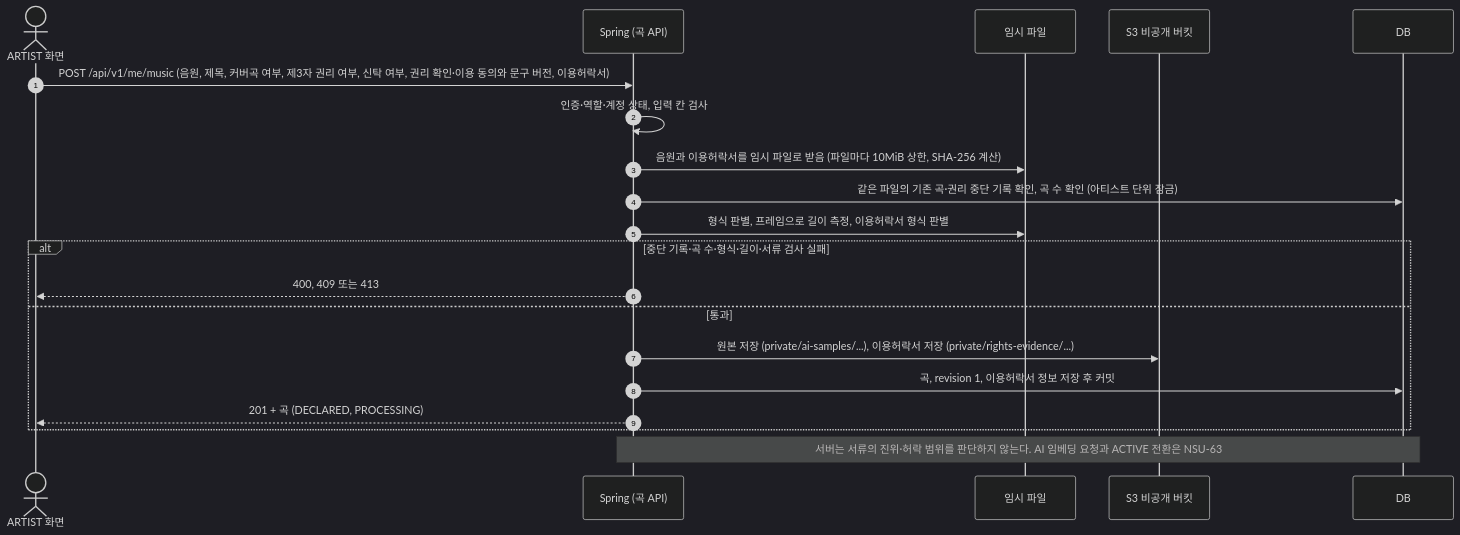
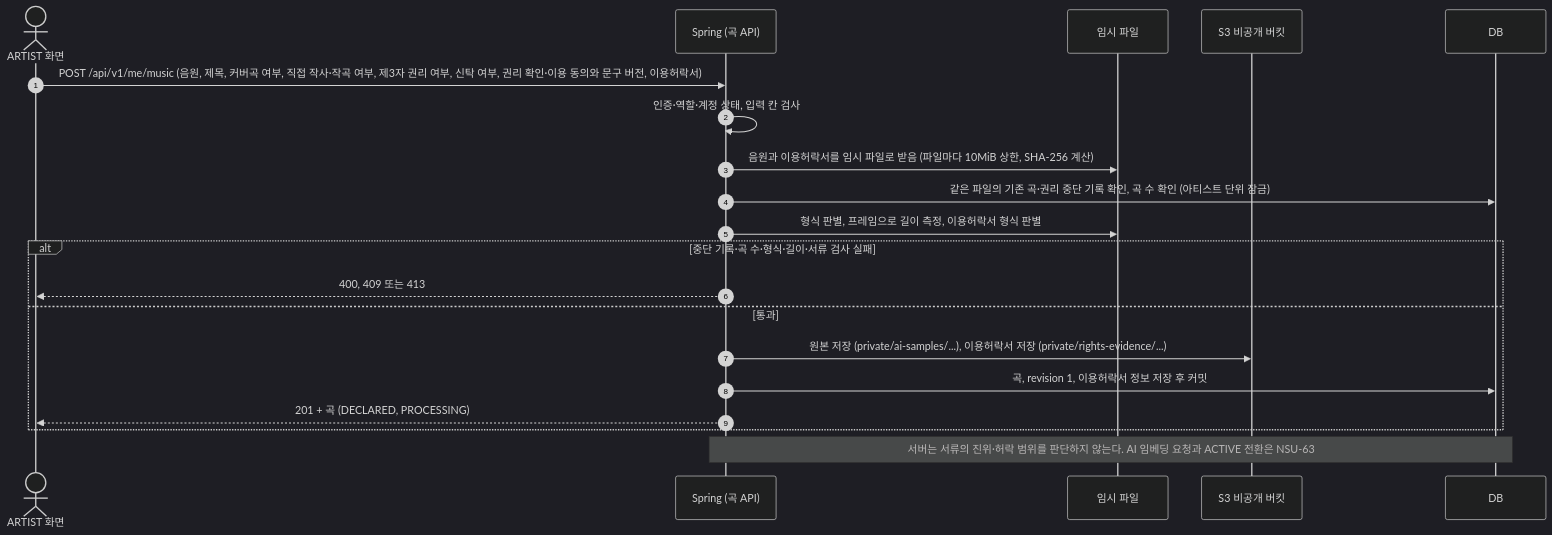
The first of 2 diagrams in docs/api/04_music.md (nsuCapstoneTeam/NSU_CAPSTONE), drawn with Mermaid (dark theme) before and after one commit. The commit also changed other lines of this file and 4 other files, not shown here.

````diff
--- a/docs/api/04_music.md
+++ b/docs/api/04_music.md
@@ -83,23 +85,23 @@
 ```mermaid
 sequenceDiagram
     autonumber
     actor A as ARTIST 화면
     participant S as Spring (곡 API)
     participant T as 임시 파일
     participant B as S3 비공개 버킷
     participant D as DB
 
-    A->>S: POST /api/v1/me/music (음원, 제목, 커버곡 여부, 제3자 권리 여부, 신탁 여부, 권리 확인·이용 동의와 문구 버전, 이용허락서)
+    A->>S: POST /api/v1/me/music (음원, 제목, 커버곡 여부, 직접 작사·작곡 여부, 제3자 권리 여부, 신탁 여부, 권리 확인·이용 동의와 문구 버전, 이용허락서)
     S->>S: 인증·역할·계정 상태, 입력 칸 검사
     S->>T: 음원과 이용허락서를 임시 파일로 받음 (파일마다 10MiB 상한, SHA-256 계산)
     S->>D: 같은 파일의 기존 곡·권리 중단 기록 확인, 곡 수 확인 (아티스트 단위 잠금)
     S->>T: 형식 판별, 프레임으로 길이 측정, 이용허락서 형식 판별
     alt 중단 기록·곡 수·형식·길이·서류 검사 실패
         S-->>A: 400, 409 또는 413
     else 통과
         S->>B: 원본 저장 (private/ai-samples/...), 이용허락서 저장 (private/rights-evidence/...)
         S->>D: 곡, revision 1, 이용허락서 정보 저장 후 커밋
         S-->>A: 201 + 곡 (DECLARED, PROCESSING)
     end
     Note over S,D: 서버는 서류의 진위·허락 범위를 판단하지 않는다. AI 임베딩 요청과 ACTIVE 전환은 NSU-63
 ```
````
